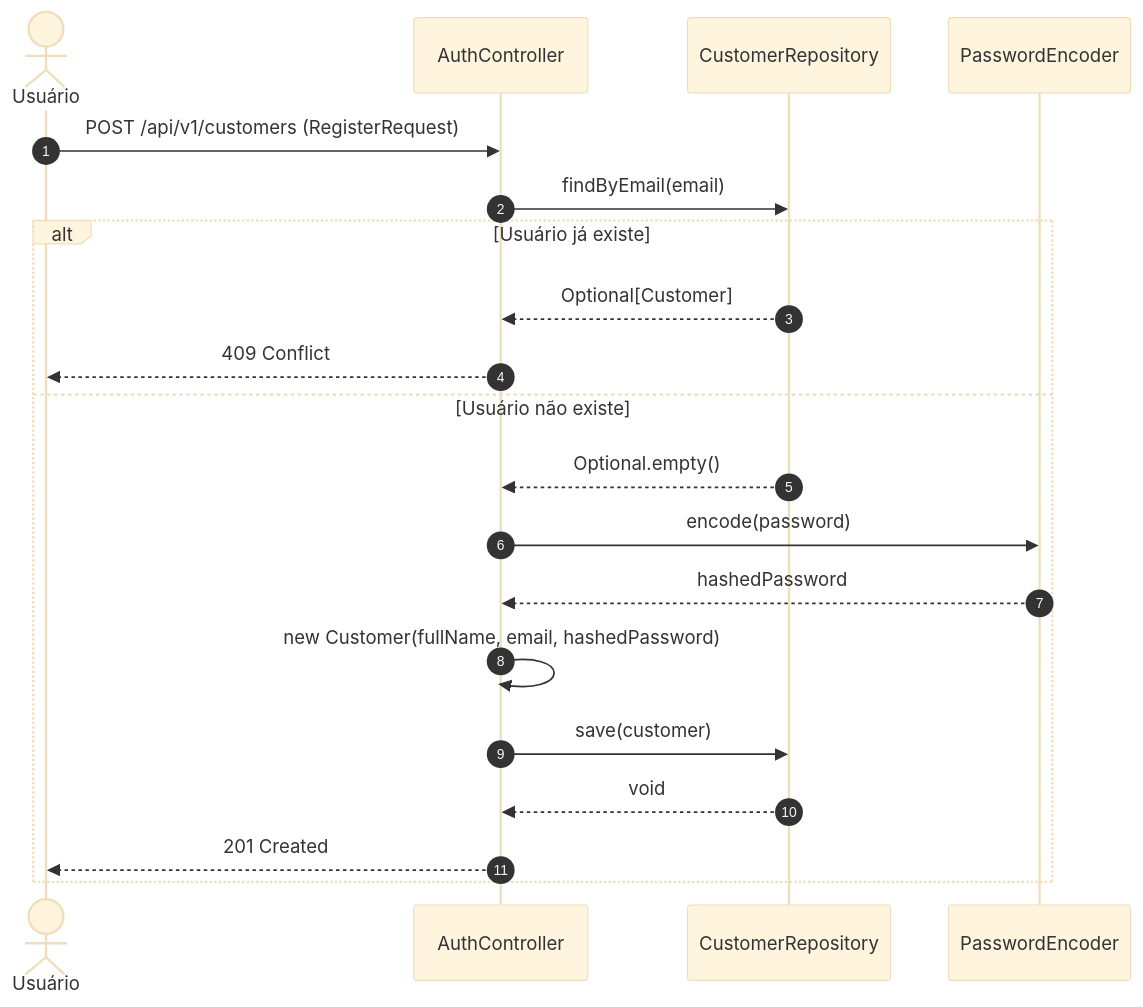
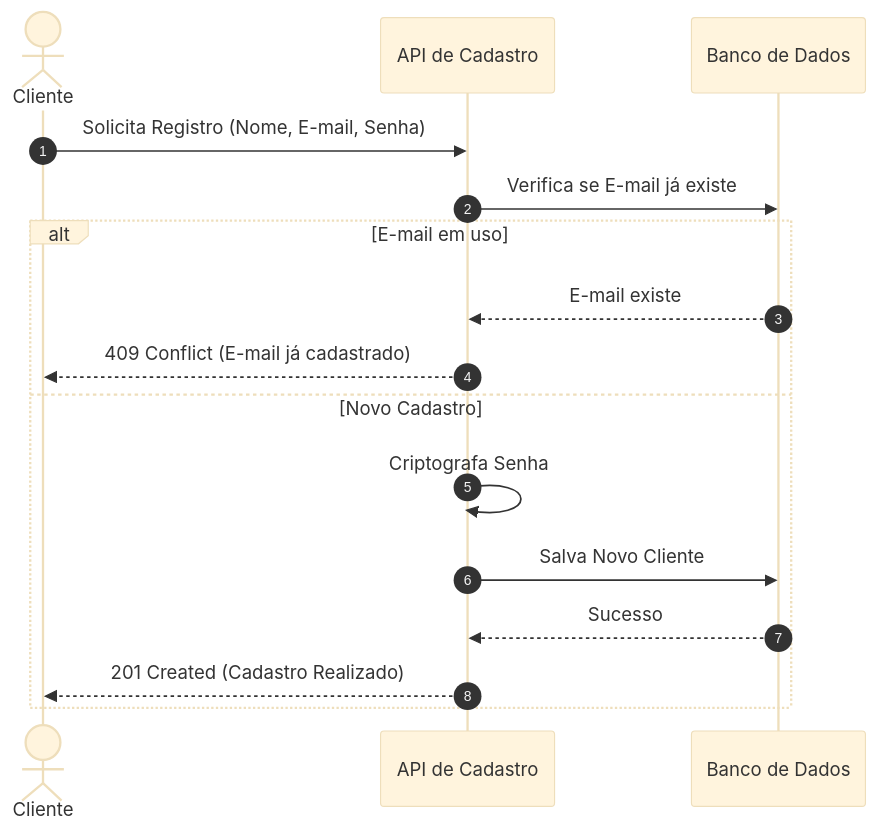
The diagram in docs/sequence-registration.md (davidalmeida14/recargapay-wallet-service), drawn with Mermaid (base theme) before and after one commit. The commit also changed other lines of this file and 4 other files, not shown here.

Commit message:
Update sequence diagrams in documentation to reflect revised transactional flows and asynchronous processing

````diff
--- a/docs/sequence-registration.md
+++ b/docs/sequence-registration.md
@@ -5,23 +5,20 @@
 ```mermaid
 sequenceDiagram
     autonumber
-    actor Usuário
-    participant API as AuthController
-    participant Repo as CustomerRepository
-    participant Encoder as PasswordEncoder
+    actor Cliente
+    participant API as API de Cadastro
+    participant DB as Banco de Dados
 
-    Usuário->>API: POST /api/v1/customers (RegisterRequest)
-    API->>Repo: findByEmail(email)
-    alt Usuário já existe
-        Repo-->>API: Optional[Customer]
-        API-->>Usuário: 409 Conflict
-    else Usuário não existe
-        Repo-->>API: Optional.empty()
-        API->>Encoder: encode(password)
-        Encoder-->>API: hashedPassword
-        API->>API: new Customer(fullName, email, hashedPassword)
-        API->>Repo: save(customer)
-        Repo-->>API: void
-        API-->>Usuário: 201 Created
+    Cliente->>API: Solicita Registro (Nome, E-mail, Senha)
+    
+    API->>DB: Verifica se E-mail já existe
+    alt E-mail em uso
+        DB-->>API: E-mail existe
+        API-->>Cliente: 409 Conflict (E-mail já cadastrado)
+    else Novo Cadastro
+        API->>API: Criptografa Senha
+        API->>DB: Salva Novo Cliente
+        DB-->>API: Sucesso
+        API-->>Cliente: 201 Created (Cadastro Realizado)
     end
 ```
````
